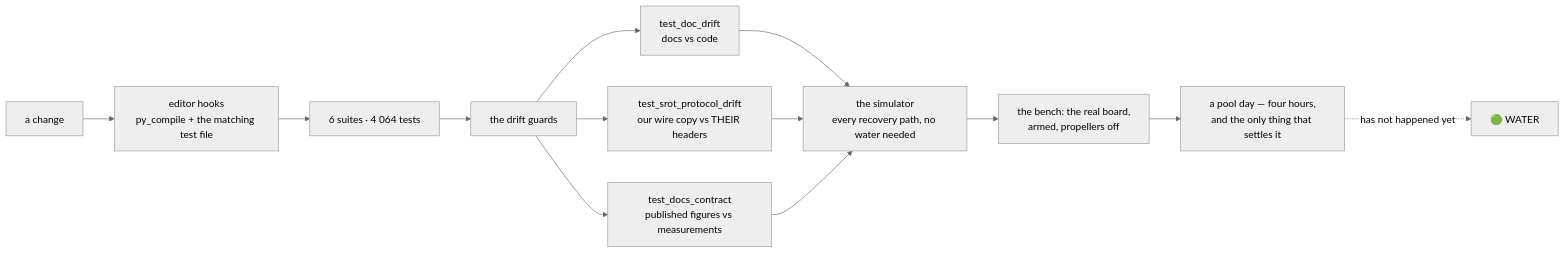
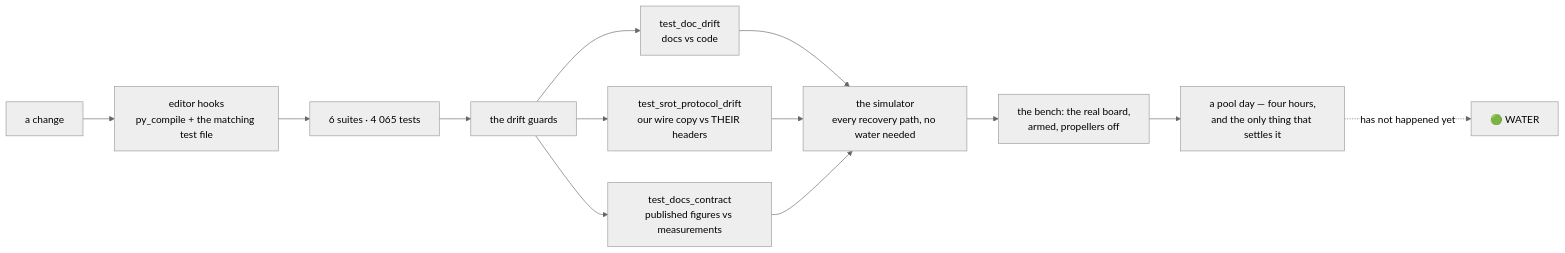
The ninth of 10 diagrams in README.md (fh1m/mongla_ws), drawn with Mermaid (neutral theme) before and after one commit. The commit also changed other lines of this file and 5 other files, not shown here.

````diff
--- a/README.md
+++ b/README.md
@@ -752,15 +752,15 @@
 ```mermaid
 flowchart LR
     DEV["a change"] --> HOOK["editor hooks<br/>py_compile + the matching test file"]
-    HOOK --> UNIT["6 suites · 4 064 tests"]
+    HOOK --> UNIT["6 suites · 4 065 tests"]
     UNIT --> GUARD["the drift guards"]
     GUARD --> G1["test_doc_drift<br/>docs vs code"]
     GUARD --> G2["test_srot_protocol_drift<br/>our wire copy vs THEIR headers"]
     GUARD --> G3["test_docs_contract<br/>published figures vs measurements"]
     G1 --> SIM["the simulator<br/>every recovery path, no water needed"]
     G2 --> SIM
     G3 --> SIM
     SIM --> BENCH["the bench: the real board,<br/>armed, propellers off"]
     BENCH --> POOL["a pool day — four hours,<br/>and the only thing that settles it"]
     POOL -.->|"has not happened yet"| WATER["🟢 WATER"]
 ```
````
